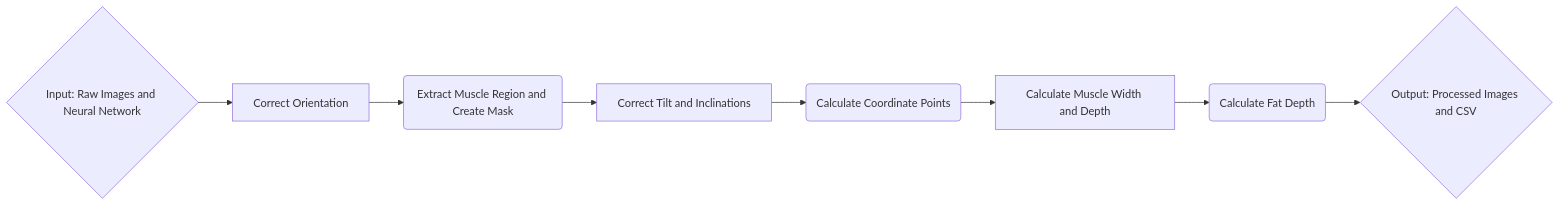
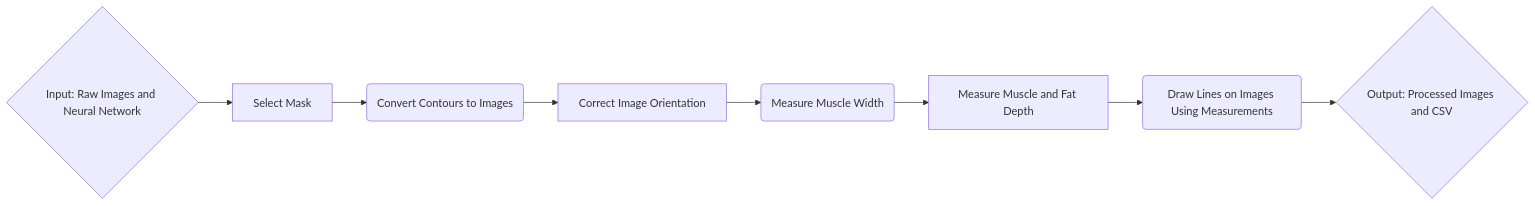
One commit to AAFC-Bioinfo-AAC/pork-vision changed the diagram in README.md. Above: the diagram before and after it, drawn with Mermaid. The commit also changed other lines of this file and 2 other files, not shown here.

````diff
--- a/README.md
+++ b/README.md
@@ -54,12 +54,12 @@
 ```mermaid
     flowchart LR;
-       A{Input: Raw Images and Neural Network}-->B[Correct Orientation]
-            B-->C(Extract Muscle Region and Create Mask)
-            C-->D[Correct Tilt and Inclinations]
-            D-->E(Calculate Coordinate Points)
-            E-->F[Calculate Muscle Width and Depth]
-            F-->G(Calculate Fat Depth)
+       A{Input: Raw Images and Neural Network}-->B[Select Mask]
+            B-->C(Convert Contours to Images)
+            C-->D[Correct Image Orientation]
+            D-->E(Measure Muscle Width)
+            E-->F[Measure Muscle and Fat Depth]
+            F-->G(Draw Lines on Images Using Measurements)
             G-->H{Output: Processed Images and CSV}
 
 
 ```
````
